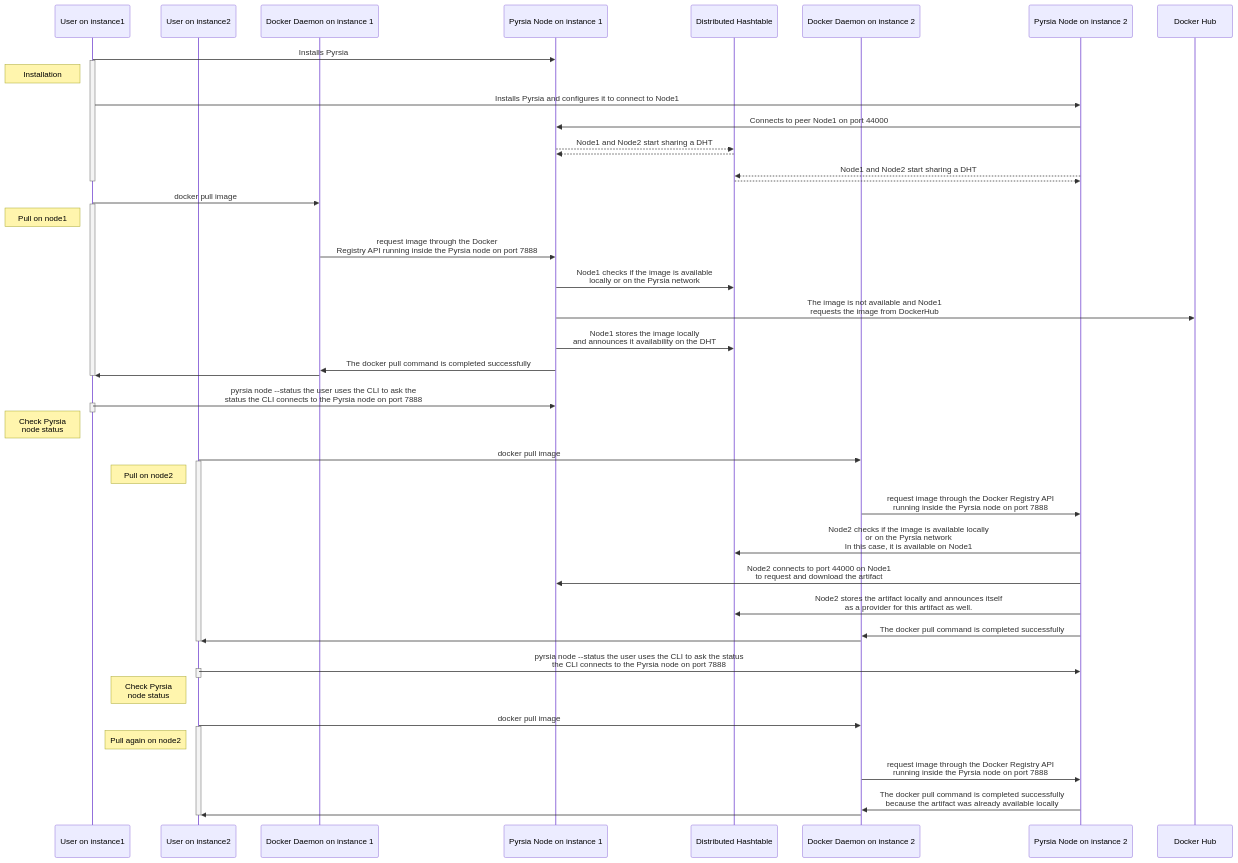
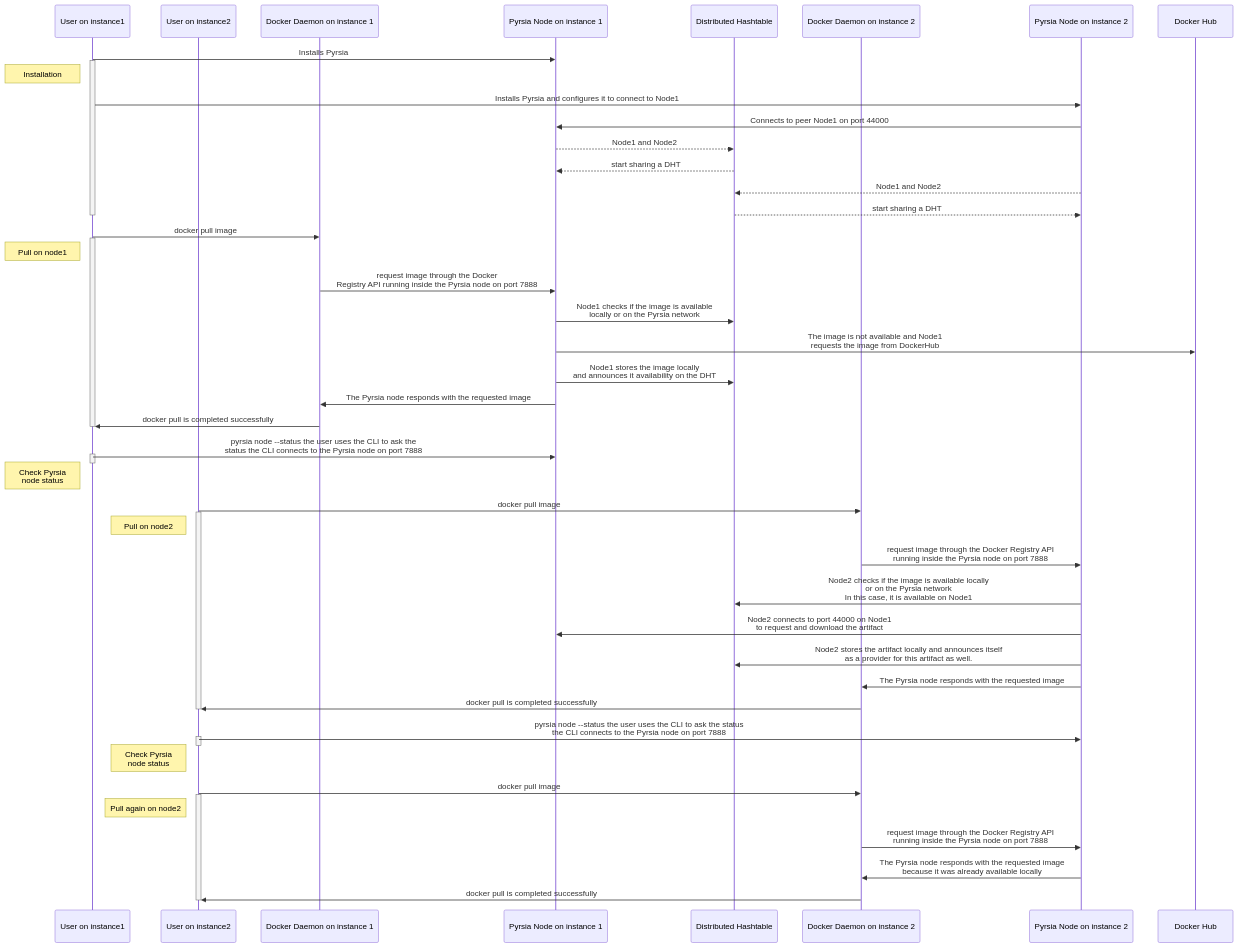
Before and after one commit to pyrsia/pyrsia: the second of 2 diagrams in docs/tutorials/demo.md, drawn with Mermaid. The commit also changed other lines of this file, not shown here.

````diff
--- a/docs/tutorials/demo.md
+++ b/docs/tutorials/demo.md
@@ -35,68 +55,68 @@
 ```mermaid
 sequenceDiagram
 participant User as User on instance1
 participant User2 as User on instance2
 participant Docker1 as Docker Daemon on instance 1
 participant Node1 as Pyrsia Node on instance 1
 participant DHT as Distributed Hashtable
 participant Docker2 as Docker Daemon on instance 2
 participant Node2 as Pyrsia Node on instance 2
 participant DockerHub as Docker Hub
 
 User ->> Node1: Installs Pyrsia
 activate User
 note left of User: Installation
 User ->> Node2: Installs Pyrsia and configures it to connect to Node1
 
 Node2 ->> Node1: Connects to peer Node1 on port 44000
 
-Node1 -->> DHT: Node1 and Node2 start sharing a DHT
-DHT -->> Node1: 
-Node2 -->> DHT: Node1 and Node2 start sharing a DHT
-DHT -->> Node2: 
+Node1 -->> DHT: Node1 and Node2
+DHT -->> Node1: start sharing a DHT
+Node2 -->> DHT: Node1 and Node2
+DHT -->> Node2: start sharing a DHT
 deactivate User
 
 
 User ->> Docker1: docker pull image
 activate User
 note left of User: Pull on node1
 Docker1 ->> Node1: request image through the Docker<br>Registry API running inside the Pyrsia node on port 7888
 Node1 ->> DHT: Node1 checks if the image is available<br>locally or on the Pyrsia network
 Node1 ->> DockerHub: The image is not available and Node1<br>requests the image from DockerHub
 Node1 ->> DHT: Node1 stores the image locally<br>and announces it availability on the DHT
-Node1 ->> Docker1: The docker pull command is completed successfully
-Docker1 ->> User: 
+Node1 ->> Docker1: The Pyrsia node responds with the requested image
+Docker1 ->> User: docker pull is completed successfully
 deactivate User
 
 User ->> Node1: pyrsia node --status the user uses the CLI to ask the<br>status the CLI connects to the Pyrsia node on port 7888
 activate User
 deactivate User
 note left of User: Check Pyrsia<br>node status
 
 User2 ->> Docker2: docker pull image
 activate User2
 note left of User2: Pull on node2
 Docker2 ->> Node2: request image through the Docker Registry API<br>running inside the Pyrsia node on port 7888
 
 Node2 ->> DHT: Node2 checks if the image is available locally<br>or on the Pyrsia network<br>In this case, it is available on Node1
 
 Node2 ->> Node1: Node2 connects to port 44000 on Node1<br>to request and download the artifact
 Node2 ->> DHT: Node2 stores the artifact locally and announces itself<br>as a provider for this artifact as well.
-Node2 ->> Docker2: The docker pull command is completed successfully
-Docker2 ->> User2: 
+Node2 ->> Docker2: The Pyrsia node responds with the requested image
+Docker2 ->> User2: docker pull is completed successfully
 deactivate User2
 
 User2 ->> Node2: pyrsia node --status the user uses the CLI to ask the status<br>the CLI connects to the Pyrsia node on port 7888
 activate User2
 deactivate User2
 note left of User2: Check Pyrsia<br>node status
 
 
 User2 ->> Docker2: docker pull image
 activate User2
 note left of User2: Pull again on node2
 Docker2 ->> Node2: request image through the Docker Registry API<br>running inside the Pyrsia node on port 7888
-Node2 ->> Docker2: The docker pull command is completed successfully<br>because the artifact was already available locally
-Docker2 ->> User2: 
+Node2 ->> Docker2: The Pyrsia node responds with the requested image<br>because it was already available locally
+Docker2 ->> User2: docker pull is completed successfully
 deactivate User2
 ```
````
